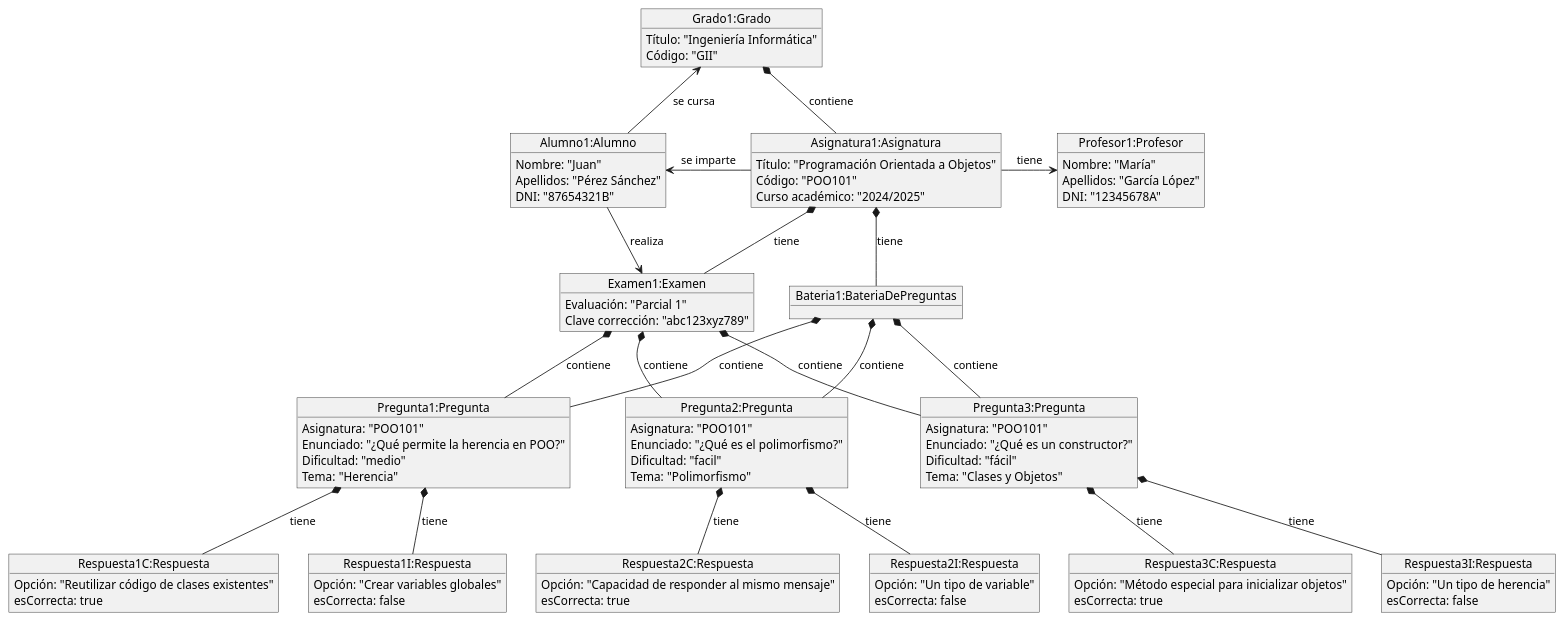
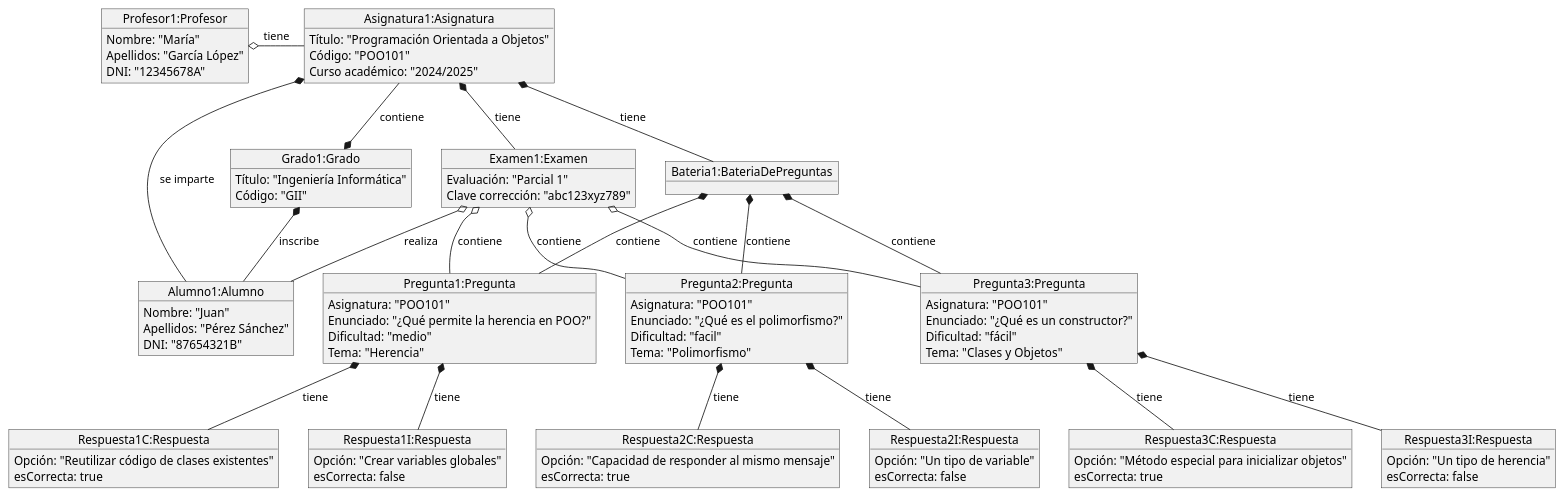
The diagram in documents/modelos/diagramas/diagramaObjetos/diagramaObjetos.puml (martinlopez7/25-26-IdSw1-SdR), drawn with PlantUML before and after one commit.

Commit message:
fix(mdd): Corrige código de jerarquía del diagrama de objetos [refs #41]

```diff
--- a/documents/modelos/diagramas/diagramaObjetos/diagramaObjetos.puml
+++ b/documents/modelos/diagramas/diagramaObjetos/diagramaObjetos.puml
@@ -1,121 +1,126 @@
 @startuml
 
-object "Grado1:Grado" as grado1 {
-  Título: "Ingeniería Informática"
-  Código: "GII"
+top to bottom direction
+
+object "Profesor1:Profesor" as prof1 {
+  Nombre: "María"
+  Apellidos: "García López"
+  DNI: "12345678A"
 }
 
 object "Asignatura1:Asignatura" as asig1 {
   Título: "Programación Orientada a Objetos"
   Código: "POO101"
   Curso académico: "2024/2025"
 }
 
-object "Alumno1:Alumno" as alum1 {
-  Nombre: "Juan"
-  Apellidos: "Pérez Sánchez"
-  DNI: "87654321B"
-}
-
-object "Profesor1:Profesor" as prof1 {
-  Nombre: "María"
-  Apellidos: "García López"
-  DNI: "12345678A"
+object "Grado1:Grado" as grado1 {
+  Título: "Ingeniería Informática"
+  Código: "GII"
 }
 
 object "Examen1:Examen" as exam1 {
   Evaluación: "Parcial 1"
   Clave corrección: "abc123xyz789"
 }
 
 object "Bateria1:BateriaDePreguntas" as bateria1 {
+}
+
+object "Alumno1:Alumno" as alum1 {
+  Nombre: "Juan"
+  Apellidos: "Pérez Sánchez"
+  DNI: "87654321B"
 }
 
 object "Pregunta1:Pregunta" as preg1 {
   Asignatura: "POO101"
   Enunciado: "¿Qué permite la herencia en POO?"
   Dificultad: "medio"
   Tema: "Herencia"
 }
 
 object "Pregunta2:Pregunta" as preg2 {
   Asignatura: "POO101"
   Enunciado: "¿Qué es el polimorfismo?"
   Dificultad: "facil"
   Tema: "Polimorfismo"
 }
 
 object "Pregunta3:Pregunta" as preg3 {
   Asignatura: "POO101"
   Enunciado: "¿Qué es un constructor?"
   Dificultad: "fácil"
   Tema: "Clases y Objetos"
 }
 
 object "Respuesta1C:Respuesta" as resp1C {
   Opción: "Reutilizar código de clases existentes"
   esCorrecta: true
 }
 object "Respuesta1I:Respuesta" as resp1I {
   Opción: "Crear variables globales"
   esCorrecta: false
 }
 object "Respuesta2C:Respuesta" as resp2C {
   Opción: "Capacidad de responder al mismo mensaje"
   esCorrecta: true
 }
 object "Respuesta2I:Respuesta" as resp2I {
   Opción: "Un tipo de variable"
   esCorrecta: false
 }
 object "Respuesta3C:Respuesta" as resp3C {
   Opción: "Método especial para inicializar objetos"
   esCorrecta: true
 }
 object "Respuesta3I:Respuesta" as resp3I {
   Opción: "Un tipo de herencia"
   esCorrecta: false
 }
 
+asig1 *-- exam1 : tiene
+asig1 --* grado1 : contiene
+asig1 *-- bateria1 : tiene
+asig1 *-- alum1 : se imparte
 
-grado1 *-- asig1 : contiene
-
-asig1 *-- exam1 : tiene
-asig1 *-- bateria1 : tiene
-
-exam1 *-- preg1 : contiene
-exam1 *-- preg2 : contiene
-exam1 *-- preg3 : contiene
+grado1 *-- alum1 : inscribe
 
 bateria1 *-- preg1 : contiene
 bateria1 *-- preg2 : contiene
 bateria1 *-- preg3 : contiene
 
 preg1 *-- resp1C : tiene
 preg1 *-- resp1I : tiene
 
 preg2 *-- resp2C : tiene
 preg2 *-- resp2I : tiene
 
 preg3 *-- resp3C : tiene
 preg3 *-- resp3I : tiene
 
 
+prof1 o-- asig1 : tiene
+exam1 o-- alum1 : realiza
+exam1 o-- preg1 : contiene
+exam1 o-- preg2 : contiene
+exam1 o-- preg3 : contiene
+
+
+prof1 -[hidden]right-> asig1
+
+grado1 -[hidden]right-> exam1
+exam1 -[hidden]right-> bateria1
+
 preg1 -[hidden]right-> preg2
 preg2 -[hidden]right-> preg3
-
-exam1 -[hidden]right-> bateria1
-
-alum1 -u-> grado1 : se cursa
-asig1 -left-> alum1 : se imparte
-asig1 -right-> prof1 : tiene
-alum1 -d-> exam1 : realiza
+alum1 -[hidden]right-> preg2
 
 preg1 -[hidden]down-> resp1C
 preg2 -[hidden]down-> resp2C
 preg3 -[hidden]down-> resp3C
 resp1C -[hidden]right-> resp1I
 resp2C -[hidden]right-> resp2I
 resp3C -[hidden]right-> resp3I
 
 @enduml
```
